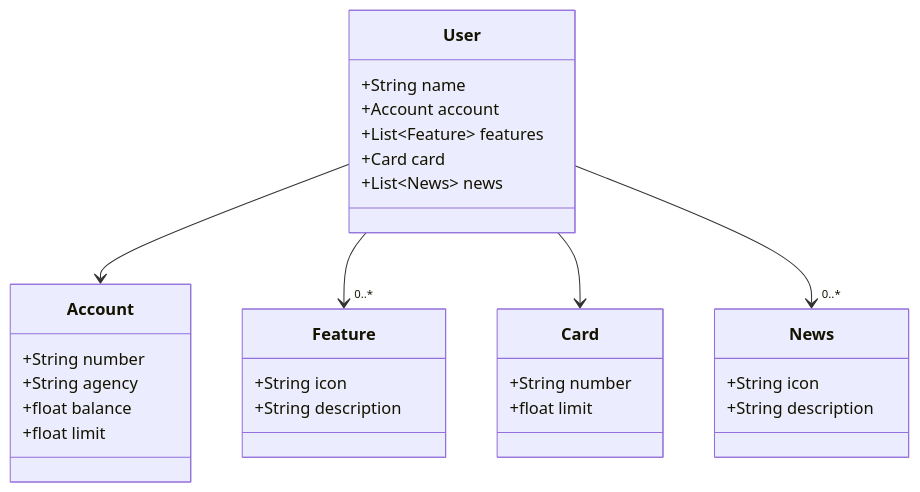
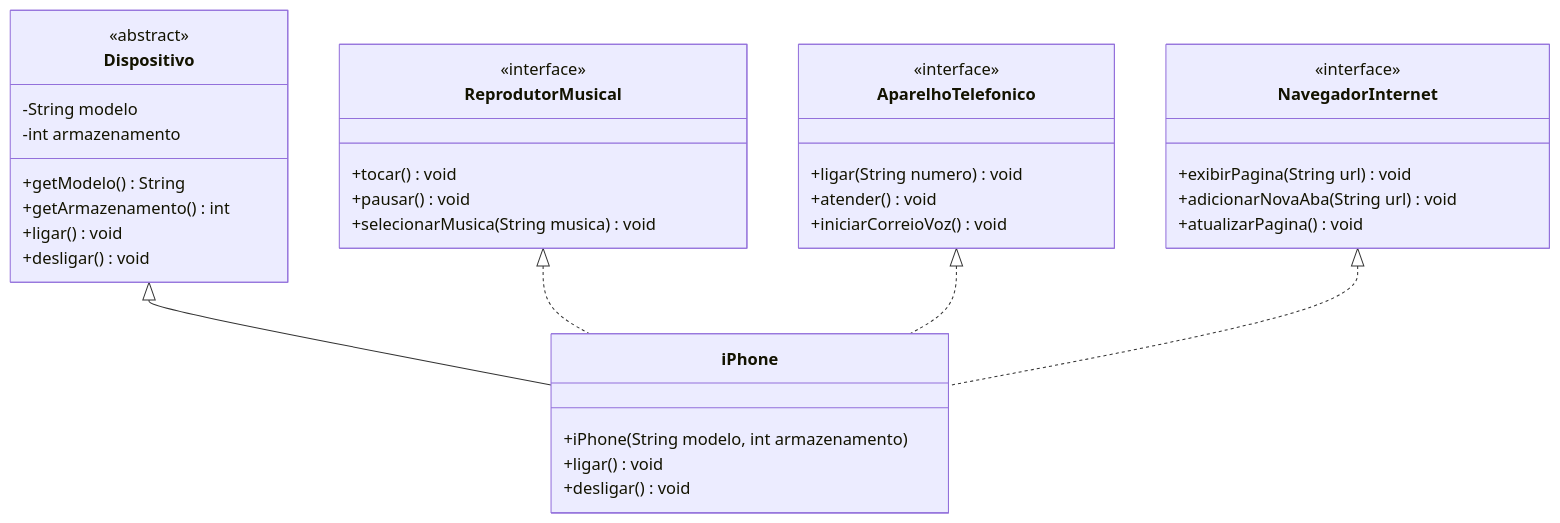
One commit to JhonataLuis/model-iphone-uml changed the diagram in README.md. Above: the diagram before and after it, drawn with Mermaid.

````diff
--- a/README.md
+++ b/README.md
@@ -41,38 +41,45 @@
 ```mermaid
 classDiagram
-  class User {
-    +String name
-    +Account account
-    +List~Feature~ features
-    +Card card
-    +List~News~ news
-  }
+    class Dispositivo {
+        <<abstract>>
+        -String modelo
+        -int armazenamento
+        +getModelo() String
+        +getArmazenamento() int
+        +ligar() void
+        +desligar() void
+    }
 
-  class Account {
-    +String number
-    +String agency
-    +float balance
-    +float limit
-  }
+    class iPhone {
+        +iPhone(String modelo, int armazenamento)
+        +ligar() void
+        +desligar() void
+    }
 
-  class Feature {
-    +String icon
-    +String description
-  }
+    class ReprodutorMusical {
+        <<interface>>
+        +tocar() void
+        +pausar() void
+        +selecionarMusica(String musica) void
+    }
 
-  class Card {
-    +String number
-    +float limit
-  }
+    class AparelhoTelefonico {
+        <<interface>>
+        +ligar(String numero) void
+        +atender() void
+        +iniciarCorreioVoz() void
+    }
 
-  class News {
-    +String icon
-    +String description
-  }
+    class NavegadorInternet {
+        <<interface>>
+        +exibirPagina(String url) void
+        +adicionarNovaAba(String url) void
+        +atualizarPagina() void
+    }
 
-  User --> Account
-  User --> "0..*" Feature
-  User --> Card
-  User --> "0..*" News
+    Dispositivo <|-- iPhone
+    ReprodutorMusical <|.. iPhone
+    AparelhoTelefonico <|.. iPhone
+    NavegadorInternet <|.. iPhone
 
   ```
````
